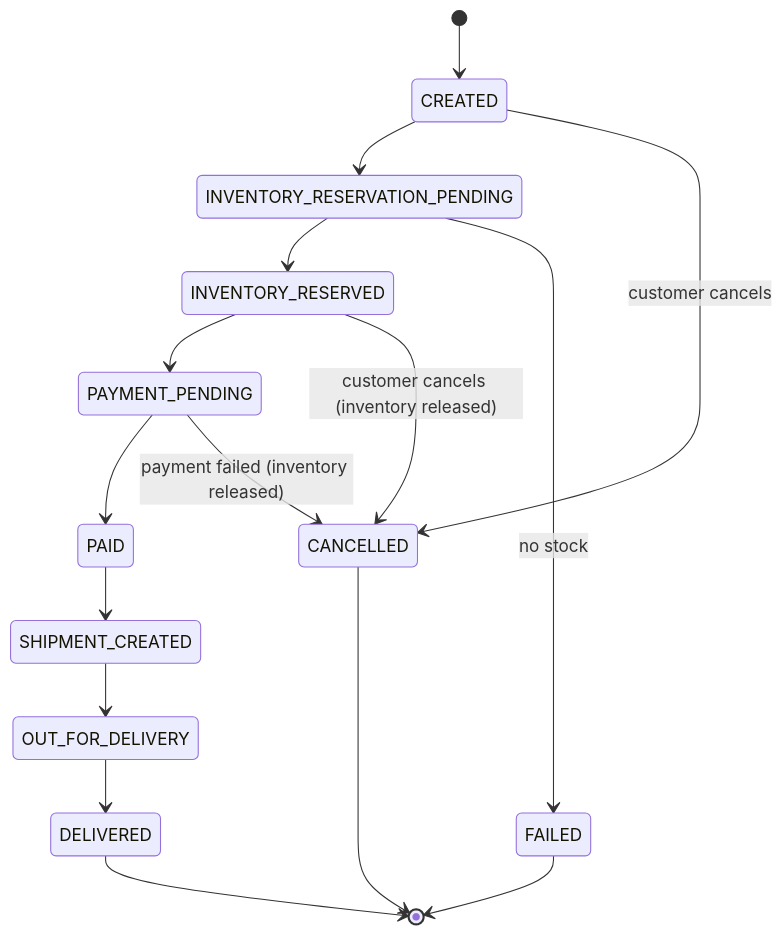
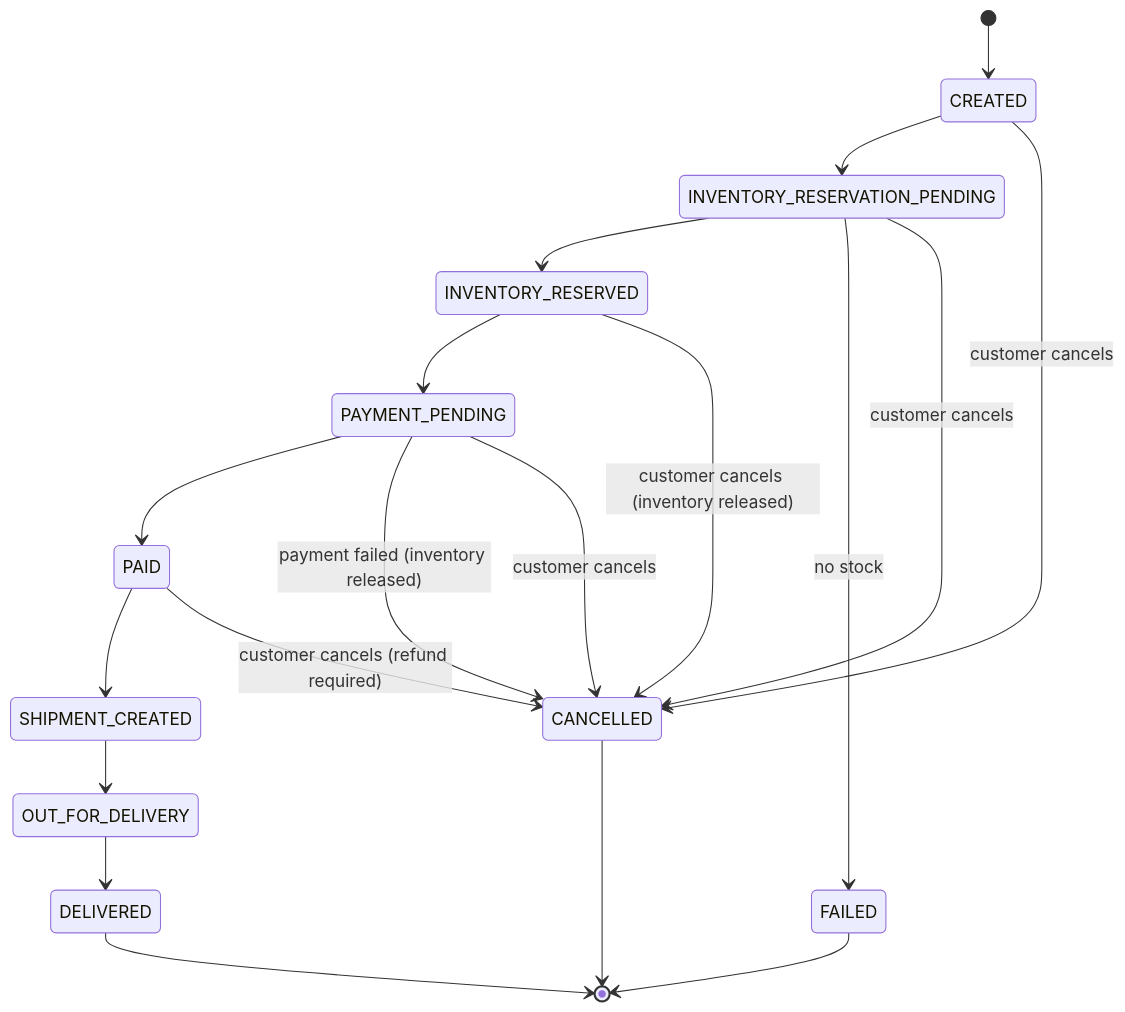
The first of 2 diagrams in docs/order-flow.md (yassinefourati/smart-delivery-platform), drawn with Mermaid before and after one commit. The commit also changed other lines of this file and 43 other files, not shown here.

````diff
--- a/docs/order-flow.md
+++ b/docs/order-flow.md
@@ -9,18 +12,21 @@
 ```mermaid
 stateDiagram-v2
     [*] --> CREATED
     CREATED --> INVENTORY_RESERVATION_PENDING
     INVENTORY_RESERVATION_PENDING --> INVENTORY_RESERVED
     INVENTORY_RESERVATION_PENDING --> FAILED: no stock
     INVENTORY_RESERVED --> PAYMENT_PENDING
     PAYMENT_PENDING --> PAID
     PAYMENT_PENDING --> CANCELLED: payment failed (inventory released)
     PAID --> SHIPMENT_CREATED
     SHIPMENT_CREATED --> OUT_FOR_DELIVERY
     OUT_FOR_DELIVERY --> DELIVERED
     DELIVERED --> [*]
     CREATED --> CANCELLED: customer cancels
+    INVENTORY_RESERVATION_PENDING --> CANCELLED: customer cancels
     INVENTORY_RESERVED --> CANCELLED: customer cancels (inventory released)
+    PAYMENT_PENDING --> CANCELLED: customer cancels
+    PAID --> CANCELLED: customer cancels (refund required)
     CANCELLED --> [*]
     FAILED --> [*]
 ```
````
